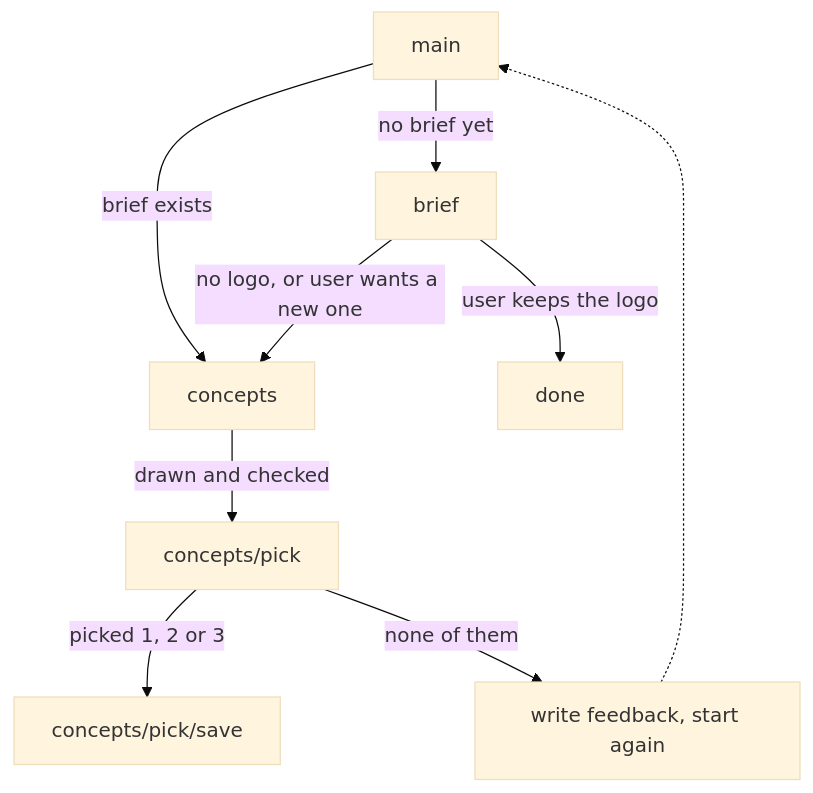
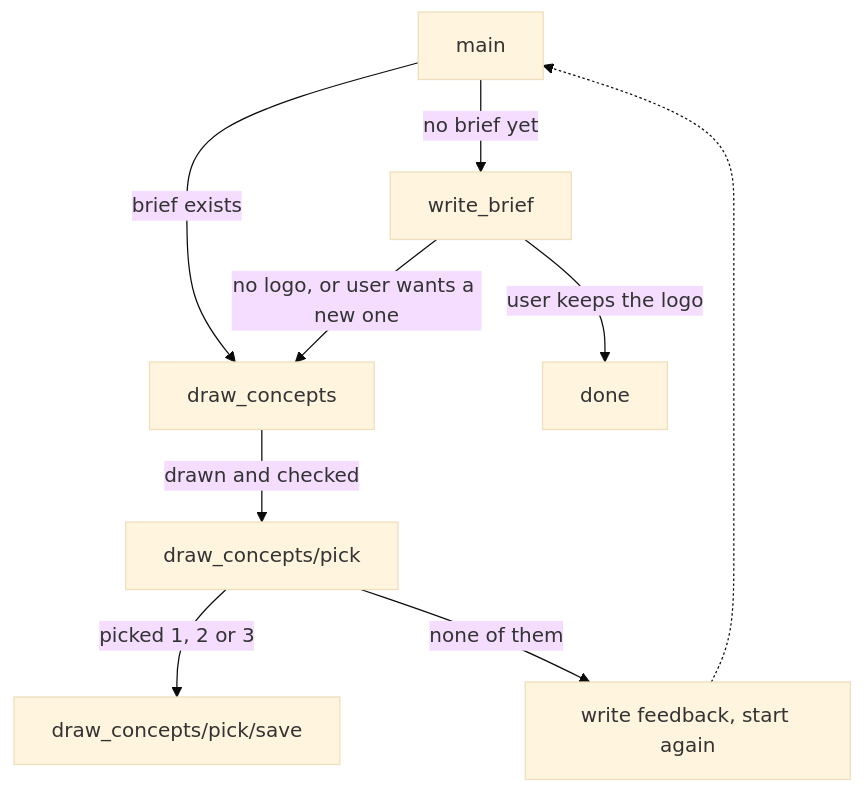
The diagram in README.md (rein-lang/logo-creation), drawn with Mermaid (base theme) before and after one commit. The commit also changed other lines of this file and 5 other files, not shown here.

````diff
--- a/README.md
+++ b/README.md
@@ -27,11 +27,11 @@
 ```mermaid
 flowchart TD
-    M["main"] -- "no brief yet" --> B["brief"]
-    M -- "brief exists" --> C["concepts"]
+    M["main"] -- "no brief yet" --> B["write_brief"]
+    M -- "brief exists" --> C["draw_concepts"]
     B -- "no logo, or user wants a new one" --> C
     B -- "user keeps the logo" --> K["done"]
-    C -- "drawn and checked" --> P["concepts/pick"]
-    P -- "picked 1, 2 or 3" --> S["concepts/pick/save"]
+    C -- "drawn and checked" --> P["draw_concepts/pick"]
+    P -- "picked 1, 2 or 3" --> S["draw_concepts/pick/save"]
     P -- "none of them" --> F["write feedback, start again"]
     F -.-> M
 ```
````
